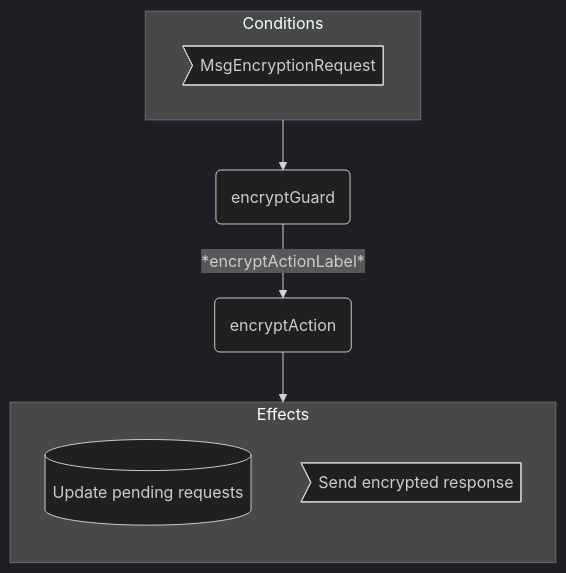
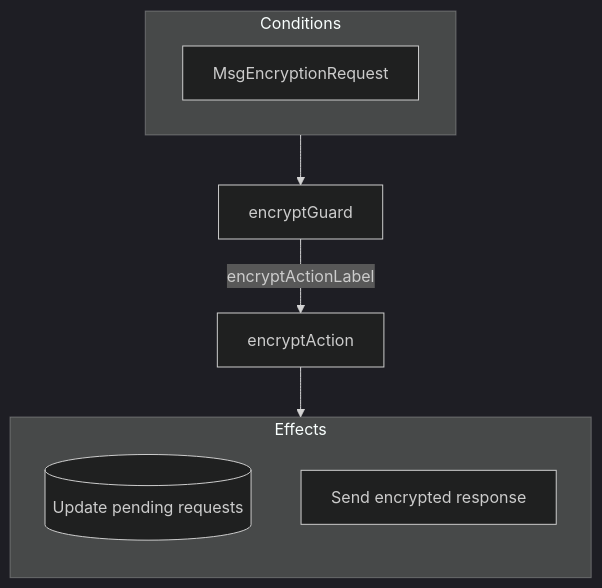
Before and after one commit to anoma/nspec: the first of 2 diagrams in docs/arch/node/engines/encryption_behaviour.juvix.md, drawn with Mermaid (dark theme). The commit also changed other lines of this file and 1 other file, not shown here.

````diff
--- a/docs/arch/node/engines/encryption_behaviour.juvix.md
+++ b/docs/arch/node/engines/encryption_behaviour.juvix.md
@@ -439,17 +439,17 @@
 ```mermaid
 flowchart TD
-  subgraph C[Conditions]
-    CMsg>MsgEncryptionRequest]
+  subgraph C [Conditions]
+    CMsg[MsgEncryptionRequest]
   end
 
-  G(encryptGuard)
-  A(encryptAction)
+  G[encryptGuard]
+  A[encryptAction]
 
-  C --> G -- *encryptActionLabel* --> A --> E
+  C --> G -->|encryptActionLabel| A --> E
 
-  subgraph E[Effects]
+  subgraph E [Effects]
     direction TB
     E1[(Update pending requests)]
-    E2>Send encrypted response]
+    E2[Send encrypted response]
   end
 ```
````
